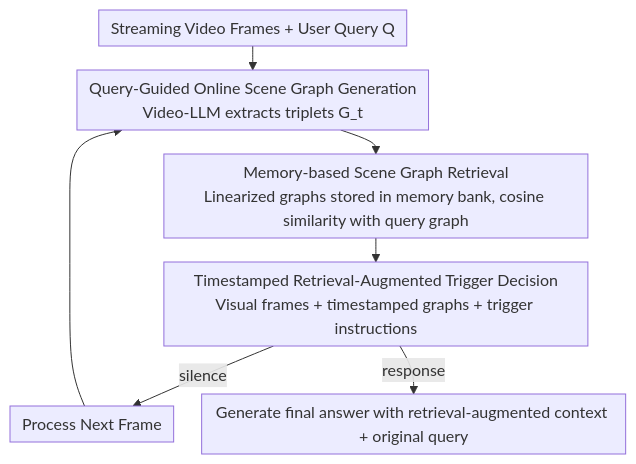
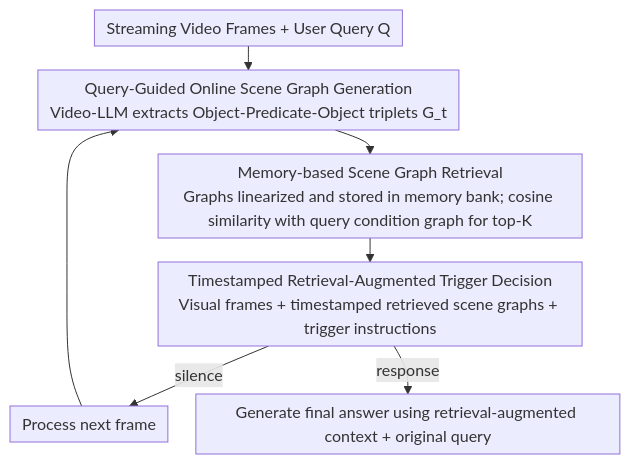
One commit to zhaoyang97/Paper-Notes-en changed the diagram in docs/ACL2026/multimodal_vlm/response-g1_explicit_scene_graph_modeling_for_proactive_streaming_video_understa.md. Above: the diagram before and after it, drawn with Mermaid. The commit also changed other lines of this file and 5084 other files, not shown here.

````diff
--- a/docs/ACL2026/multimodal_vlm/response-g1_explicit_scene_graph_modeling_for_proactive_streaming_video_understa.md
+++ b/docs/ACL2026/multimodal_vlm/response-g1_explicit_scene_graph_modeling_for_proactive_streaming_video_understa.md
@@ -43,10 +43,10 @@
 ```mermaid
 %%{init: {'flowchart': {'rankSpacing': 24, 'nodeSpacing': 28, 'padding': 6, 'wrappingWidth': 400}}}%%
 flowchart TD
-    A["Streaming Video Frames + User Query Q"] --> B["Query-Guided Online Scene Graph Generation<br/>Video-LLM extracts triplets G_t"]
-    B --> C["Memory-based Scene Graph Retrieval<br/>Linearized graphs stored in memory bank, cosine similarity with query graph"]
-    C --> D["Timestamped Retrieval-Augmented Trigger Decision<br/>Visual frames + timestamped graphs + trigger instructions"]
-    D -->|silence| E["Process Next Frame"]
+    A["Streaming Video Frames + User Query Q"] --> B["Query-Guided Online Scene Graph Generation<br/>Video-LLM extracts Object-Predicate-Object triplets G_t"]
+    B --> C["Memory-based Scene Graph Retrieval<br/>Graphs linearized and stored in memory bank; cosine similarity with query condition graph for top-K"]
+    C --> D["Timestamped Retrieval-Augmented Trigger Decision<br/>Visual frames + timestamped retrieved scene graphs + trigger instructions"]
+    D -->|silence| E["Process next frame"]
     E --> B
-    D -->|response| F["Generate final answer with retrieval-augmented context + original query"]
+    D -->|response| F["Generate final answer using retrieval-augmented context + original query"]
 ```
````
